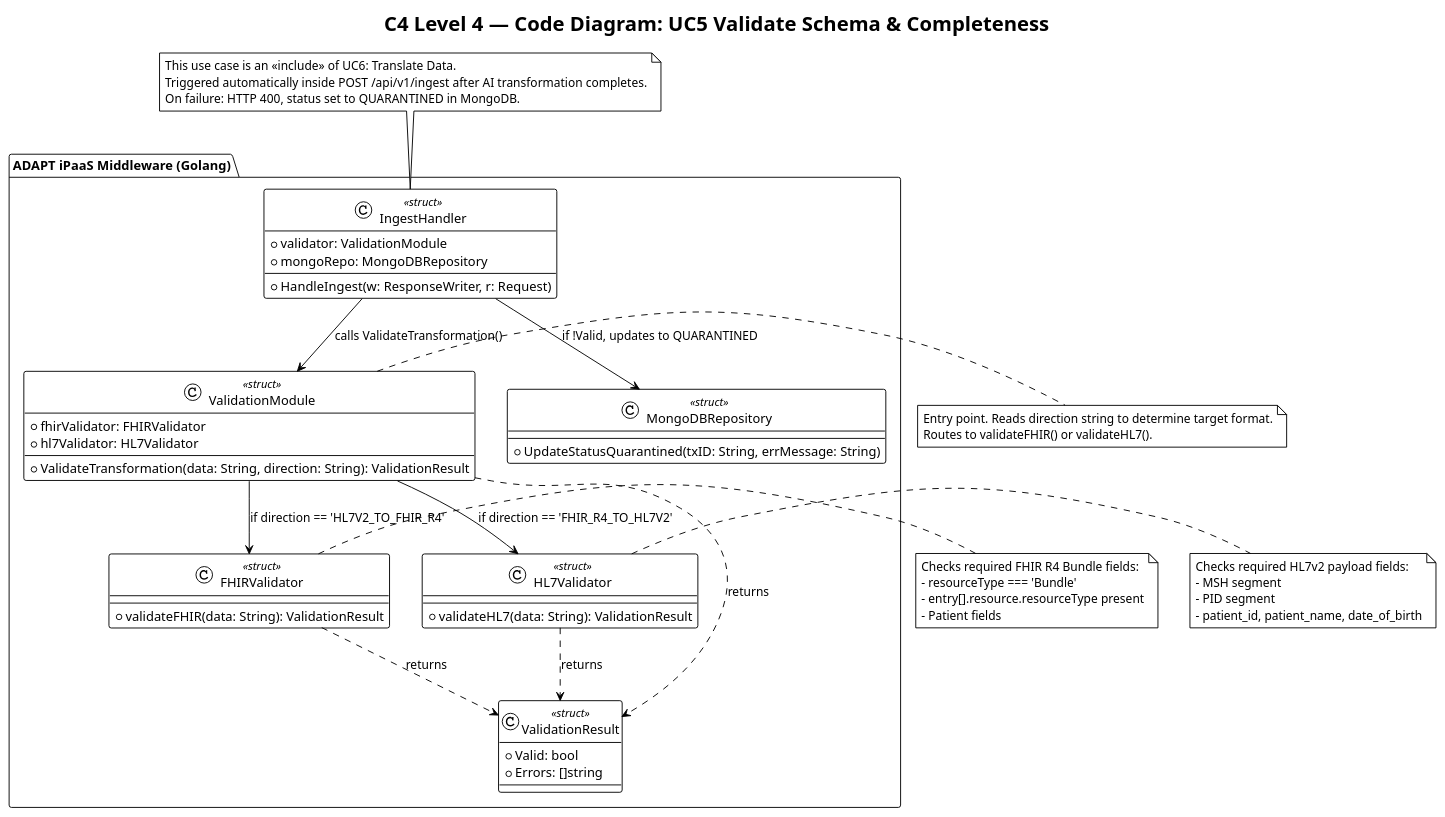
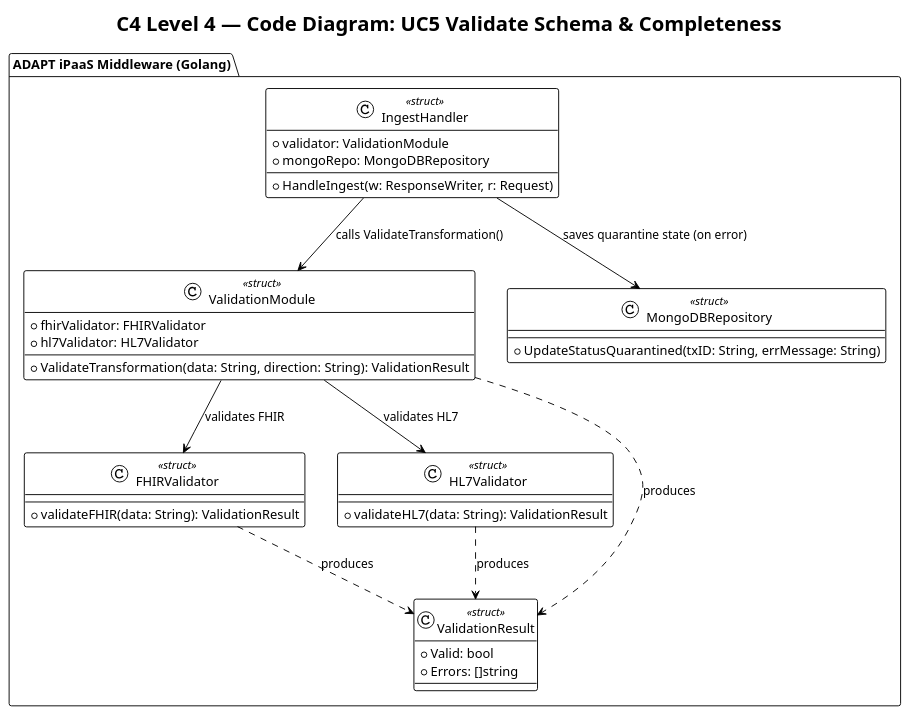
One commit to Vince0028/WAH4PCE-MERGE-CONFLICT changed the diagram in diagrams/c4_diagram/code_diagram/uc5_validate_schema_completeness.puml. Above: the diagram before and after it, drawn with PlantUML. The commit also changed 10 other files, not shown here.

```diff
--- a/diagrams/c4_diagram/code_diagram/uc5_validate_schema_completeness.puml
+++ b/diagrams/c4_diagram/code_diagram/uc5_validate_schema_completeness.puml
@@ -1,70 +1,44 @@
 @startuml UC5_Validate_Schema_Completeness
 !theme plain
 title C4 Level 4 — Code Diagram: UC5 Validate Schema & Completeness
-
 
 package "ADAPT iPaaS Middleware (Golang)" {
     class IngestHandler <<struct>> {
         + validator: ValidationModule
         + mongoRepo: MongoDBRepository
         + HandleIngest(w: ResponseWriter, r: Request)
     }
 
     class ValidationModule <<struct>> {
         + fhirValidator: FHIRValidator
         + hl7Validator: HL7Validator
         + ValidateTransformation(data: String, direction: String): ValidationResult
     }
 
     class FHIRValidator <<struct>> {
         + validateFHIR(data: String): ValidationResult
     }
 
     class HL7Validator <<struct>> {
         + validateHL7(data: String): ValidationResult
     }
 
     class ValidationResult <<struct>> {
         + Valid: bool
         + Errors: []string
     }
 
     class MongoDBRepository <<struct>> {
         + UpdateStatusQuarantined(txID: String, errMessage: String)
     }
 }
 
 IngestHandler --> ValidationModule : calls ValidateTransformation()
-ValidationModule --> FHIRValidator : if direction == 'HL7V2_TO_FHIR_R4'
-ValidationModule --> HL7Validator : if direction == 'FHIR_R4_TO_HL7V2'
-FHIRValidator ..> ValidationResult : returns
-HL7Validator ..> ValidationResult : returns
-ValidationModule ..> ValidationResult : returns
-IngestHandler --> MongoDBRepository : if !Valid, updates to QUARANTINED
-
-note right of ValidationModule
-  Entry point. Reads direction string to determine target format.
-  Routes to validateFHIR() or validateHL7().
-end note
-
-note right of FHIRValidator
-  Checks required FHIR R4 Bundle fields:
-  - resourceType === 'Bundle'
-  - entry[].resource.resourceType present
-  - Patient fields
-end note
-
-note right of HL7Validator
-  Checks required HL7v2 payload fields:
-  - MSH segment
-  - PID segment
-  - patient_id, patient_name, date_of_birth
-end note
-
-note top of IngestHandler
-  This use case is an <<include>> of UC6: Translate Data.
-  Triggered automatically inside POST /api/v1/ingest after AI transformation completes.
-  On failure: HTTP 400, status set to QUARANTINED in MongoDB.
-end note
+ValidationModule --> FHIRValidator : validates FHIR
+ValidationModule --> HL7Validator : validates HL7
+FHIRValidator ..> ValidationResult : produces
+HL7Validator ..> ValidationResult : produces
+ValidationModule ..> ValidationResult : produces
+IngestHandler --> MongoDBRepository : saves quarantine state (on error)
 
 @enduml
```
